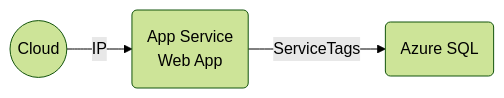
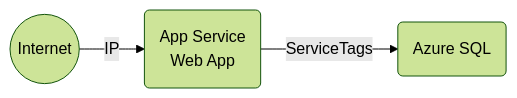
One commit to msalemor/app-services-networking changed the second of 6 diagrams in README.md. Above: the diagram before and after it, drawn with Mermaid (forest theme). The commit also changed other lines of this file, not shown here.

````diff
--- a/README.md
+++ b/README.md
@@ -28,5 +28,5 @@
 ```mermaid
 graph LR;
-    A((Cloud))-- IP -->B(App Service<br/>Web App);
+    A((Internet))-- IP -->B(App Service<br/>Web App);
     B-- ServiceTags -->C(Azure SQL);
 ```
````
